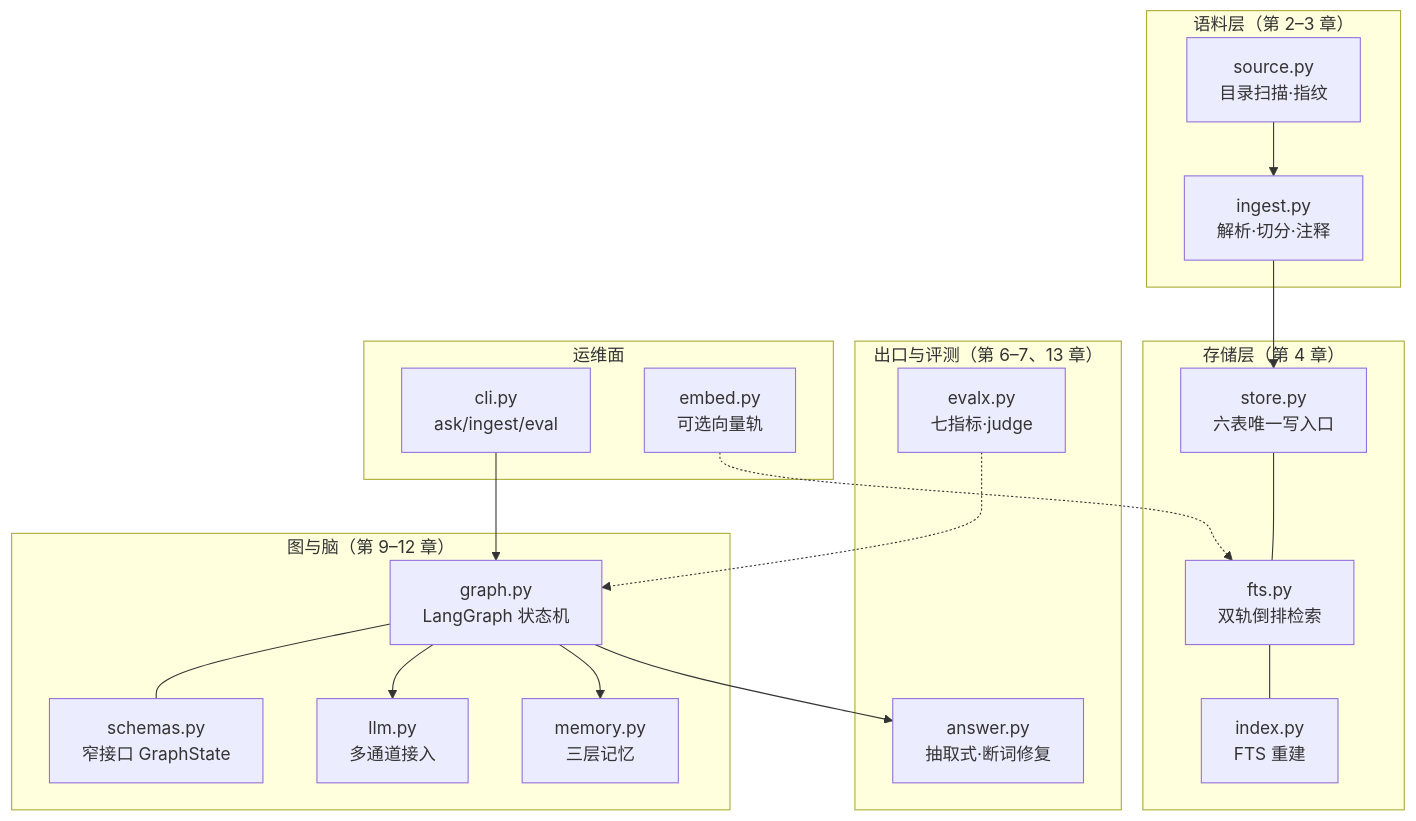
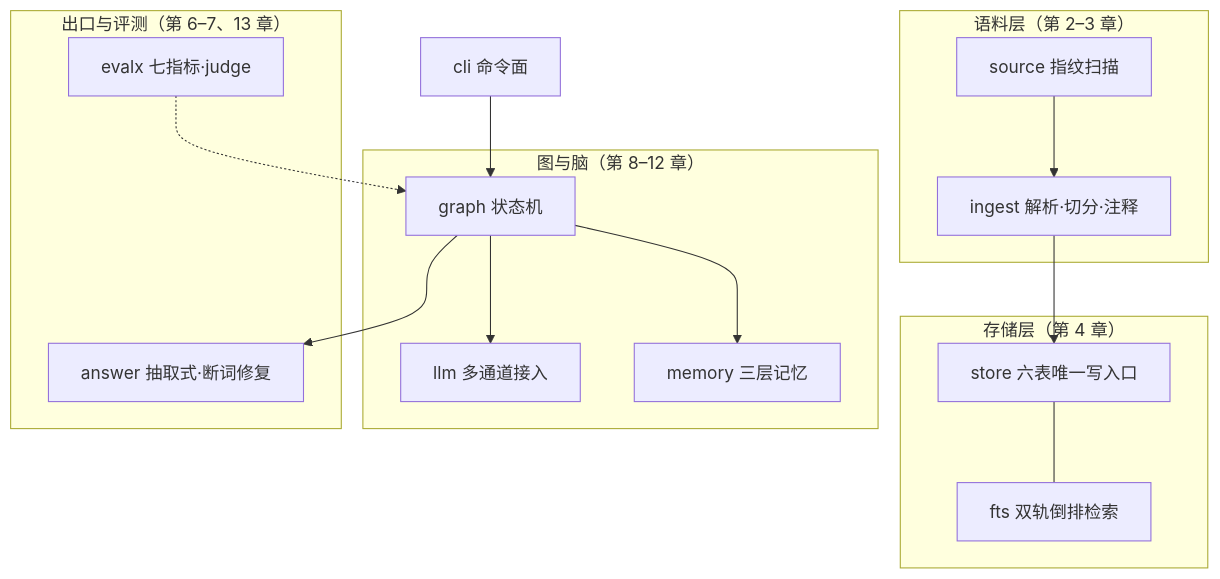
One commit to Ming-H/hands-on-agent-rag changed the diagram in docs/ch01.md. Above: the diagram before and after it, drawn with Mermaid. The commit also changed other lines of this file and 4 other files, not shown here.

````diff
--- a/docs/ch01.md
+++ b/docs/ch01.md
@@ -186,35 +163,26 @@
 ```mermaid
 graph TB
   subgraph 语料层["语料层（第 2–3 章）"]
-    SRC["source.py<br/>目录扫描·指纹"]
-    ING["ingest.py<br/>解析·切分·注释"]
+    SRC["source 指纹扫描"]
+    ING["ingest 解析·切分·注释"]
   end
   subgraph 存储层["存储层（第 4 章）"]
-    STO["store.py<br/>六表唯一写入口"]
-    FTS["fts.py<br/>双轨倒排检索"]
-    IDX["index.py<br/>FTS 重建"]
+    STO["store 六表唯一写入口"]
+    FTS["fts 双轨倒排检索"]
   end
-  subgraph 图与脑["图与脑（第 9–12 章）"]
-    GRA["graph.py<br/>LangGraph 状态机"]
-    SCH["schemas.py<br/>窄接口 GraphState"]
-    LLM["llm.py<br/>多通道接入"]
-    MEM["memory.py<br/>三层记忆"]
+  subgraph 图与脑["图与脑（第 8–12 章）"]
+    GRA["graph 状态机"]
+    LLM["llm 多通道接入"]
+    MEM["memory 三层记忆"]
   end
   subgraph 出口与评测["出口与评测（第 6–7、13 章）"]
-    ANS["answer.py<br/>抽取式·断词修复"]
-    EVX["evalx.py<br/>七指标·judge"]
+    ANS["answer 抽取式·断词修复"]
+    EVX["evalx 七指标·judge"]
   end
-  subgraph 运维["运维面"]
-    CLI["cli.py<br/>ask/ingest/eval"]
-    EMB["embed.py<br/>可选向量轨"]
-  end
-  SRC --> ING --> STO
-  STO --- FTS --- IDX
-  GRA --- SCH
+  CLI["cli 命令面"] --> GRA
+  SRC --> ING --> STO --- FTS
   GRA --> LLM
   GRA --> MEM
   GRA --> ANS
   EVX -.-> GRA
-  CLI --> GRA
-  EMB -.-> FTS
 ```
````
